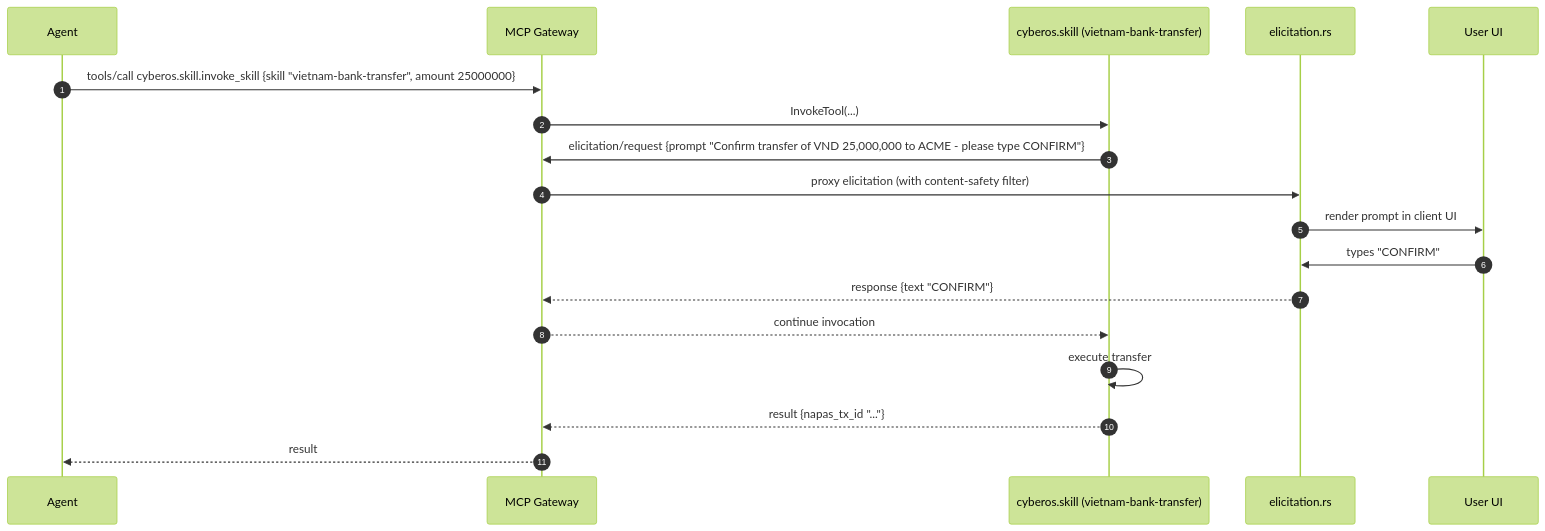
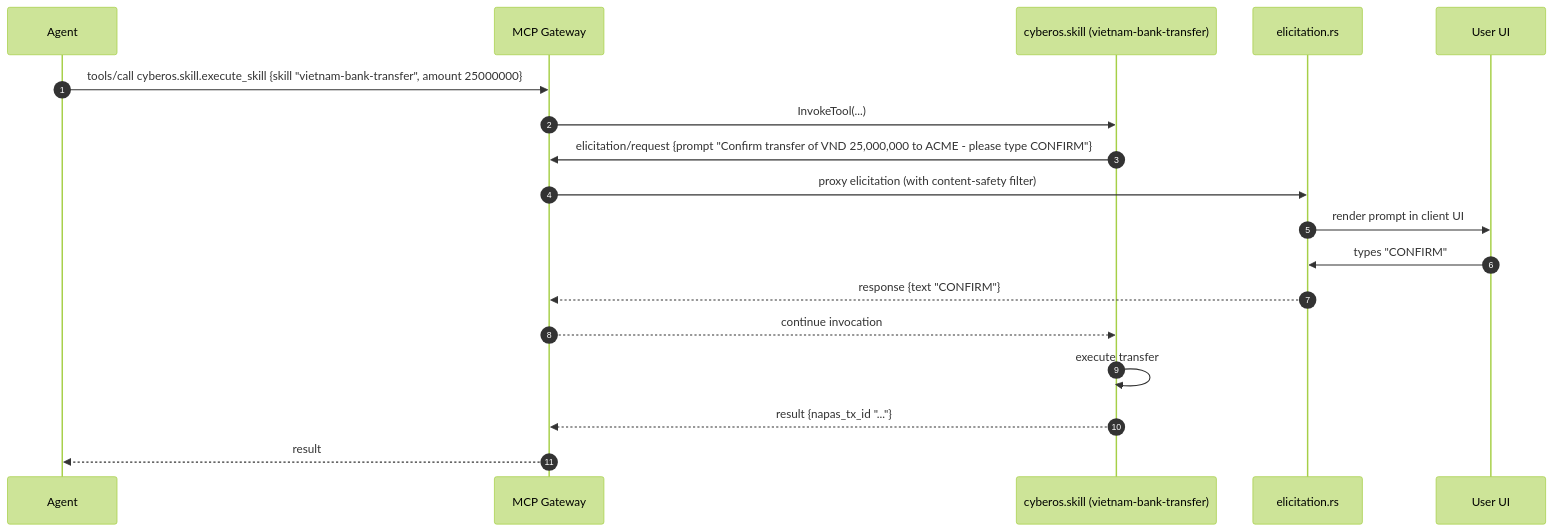
One commit to cyberskill-official/cyberos changed the ninth of 11 diagrams in services/mcp-gateway/docs/index.md. Above: the diagram before and after it, drawn with Mermaid (forest theme). The commit also changed other lines of this file and 20 other files, not shown here.

````diff
--- a/services/mcp-gateway/docs/index.md
+++ b/services/mcp-gateway/docs/index.md
@@ -688,20 +682,20 @@
 ```mermaid
 sequenceDiagram
   autonumber
   participant A as Agent
   participant G as MCP Gateway
   participant SK as cyberos.skill (vietnam-bank-transfer)
   participant ELI as elicitation.rs
   participant U as User UI
-  A->>G: tools/call cyberos.skill.invoke_skill {skill "vietnam-bank-transfer", amount 25000000}
+  A->>G: tools/call cyberos.skill.execute_skill {skill "vietnam-bank-transfer", amount 25000000}
   G->>SK: InvokeTool(...)
   SK->>G: elicitation/request {prompt "Confirm transfer of VND 25,000,000 to ACME - please type CONFIRM"}
   G->>ELI: proxy elicitation (with content-safety filter)
   ELI->>U: render prompt in client UI
   U->>ELI: types "CONFIRM"
   ELI-->>G: response {text "CONFIRM"}
   G-->>SK: continue invocation
   SK->>SK: execute transfer
   SK-->>G: result {napas_tx_id "..."}
   G-->>A: result
 ```
````
